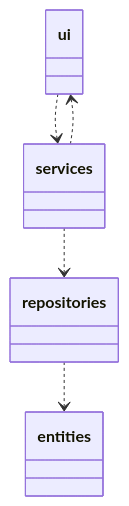
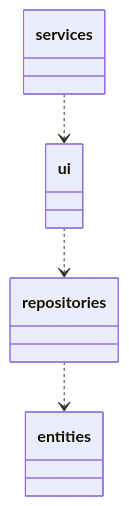
Before and after one commit to paulikarels/ot-harjoitustyo: the first of 5 diagrams in dokumentaatio/arkkitehtuuri.md, drawn with Mermaid. The commit also changed other lines of this file and 9 other files, not shown here.

````diff
--- a/dokumentaatio/arkkitehtuuri.md
+++ b/dokumentaatio/arkkitehtuuri.md
@@ -7,8 +7,7 @@
 ```mermaid
 classDiagram
 
-    ui..>services
-    services..>repositories
+    ui..>repositories
     services..>ui
     repositories..>entities
 ```
````
